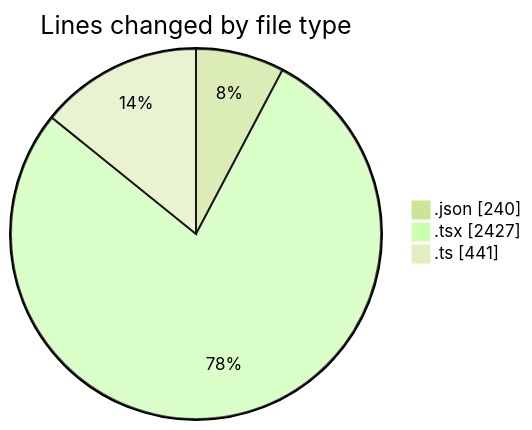
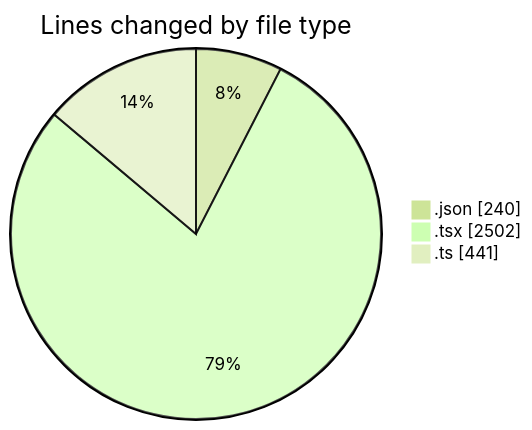
One commit to julien-gomy/code-tracking changed the first of 2 diagrams in 2025-11-17/eventscop-frontend-guide__workspace_/README.md. Above: the diagram before and after it, drawn with Mermaid (forest theme). The commit also changed other lines of this file and 1 other file, not shown here.

````diff
--- a/2025-11-17/eventscop-frontend-guide__workspace_/README.md
+++ b/2025-11-17/eventscop-frontend-guide__workspace_/README.md
@@ -33,7 +34,7 @@
 ```mermaid
 pie showData
 title Lines changed by file type
 ".json" : 240
-".tsx" : 2427
+".tsx" : 2502
 ".ts" : 441
 ```
````
